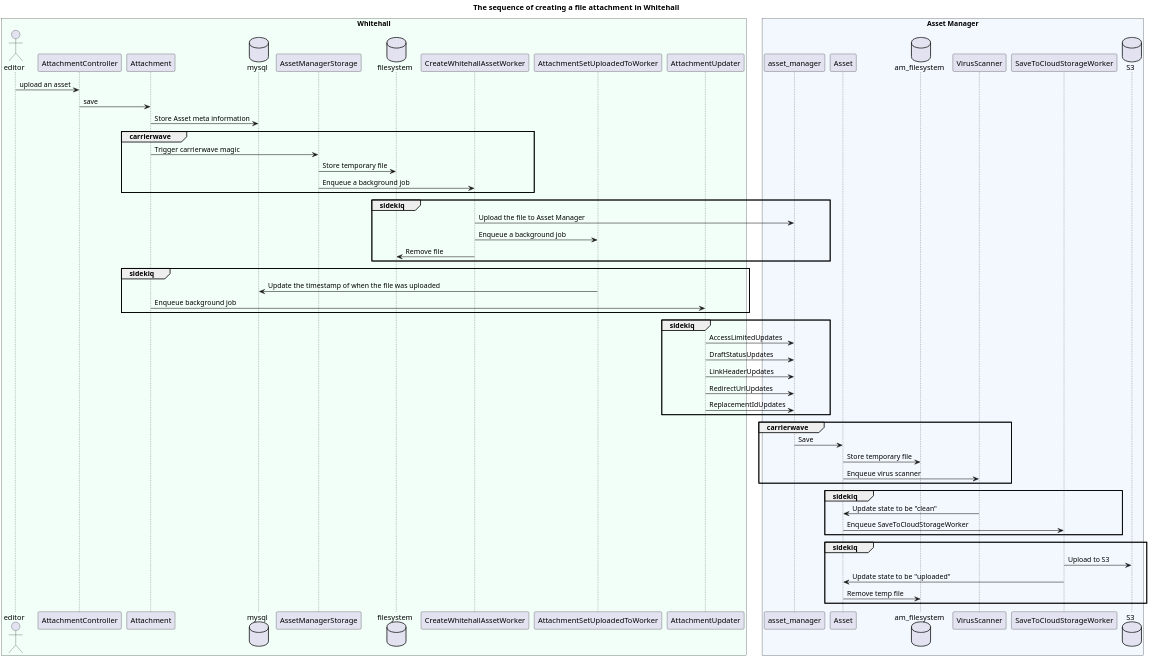
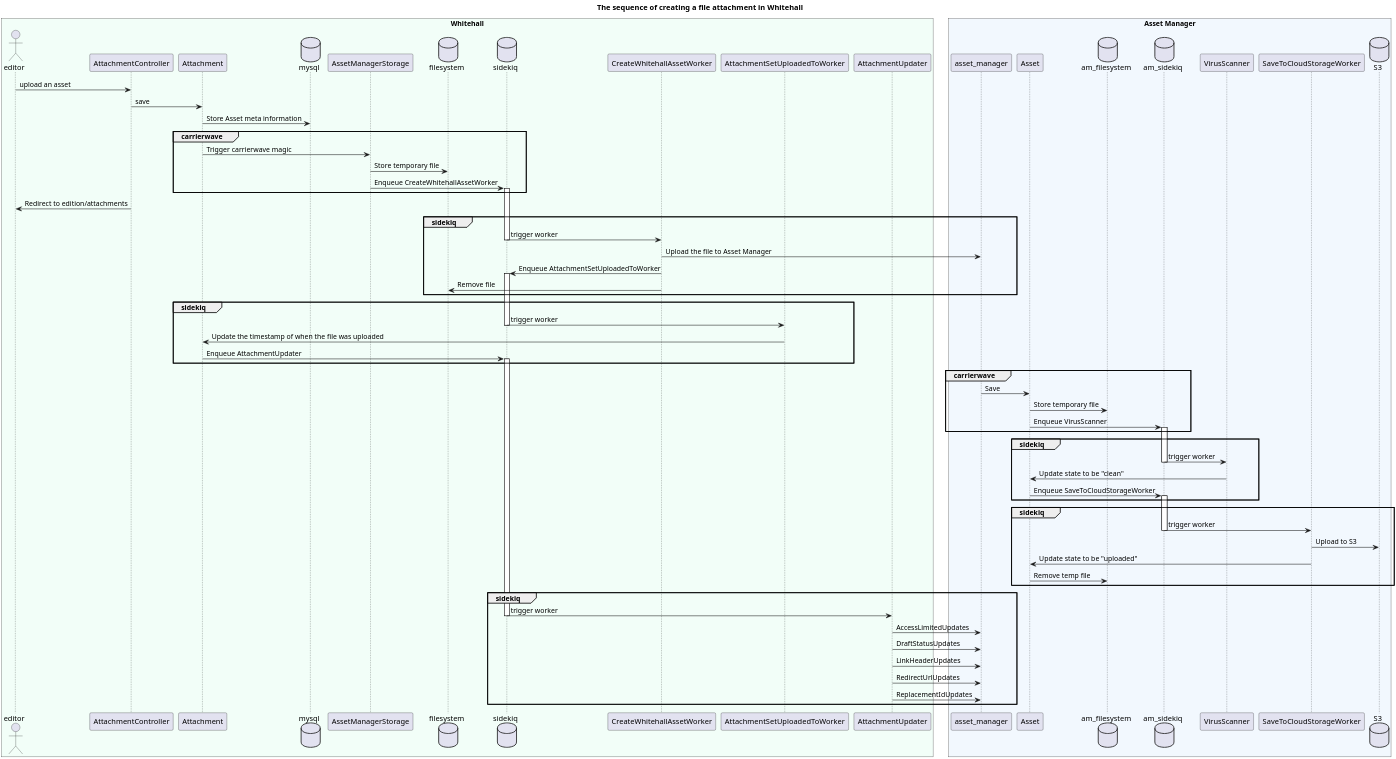
One commit to alphagov/whitehall changed the diagram in docs/diagrams/upload-asset.puml. Above: the diagram before and after it, drawn with PlantUML.

Commit message:
Add swimlanes for sidekiq jobs

```diff
--- a/docs/diagrams/upload-asset.puml
+++ b/docs/diagrams/upload-asset.puml
@@ -1,75 +1,83 @@
 @startuml
 
 skinparam dpi 300
 title The sequence of creating a file attachment in Whitehall
 
 box "Whitehall" #f2fef8
 actor editor
 participant AttachmentController
 participant Attachment
 database mysql
 participant AssetManagerStorage
 database filesystem
+database sidekiq
 participant CreateWhitehallAssetWorker
 participant AttachmentSetUploadedToWorker
 participant AttachmentUpdater
 end box
 
 box "Asset Manager" #f2f8fe
 participant asset_manager
 participant Asset
 database am_filesystem
+database am_sidekiq
 participant VirusScanner
 participant SaveToCloudStorageWorker
 database S3
 end box
 
 
 editor -> AttachmentController : upload an asset
 AttachmentController -> Attachment : save
 Attachment -> mysql : Store Asset meta information
 
 group carrierwave
     Attachment -> AssetManagerStorage : Trigger carrierwave magic
     AssetManagerStorage -> filesystem : Store temporary file
-    AssetManagerStorage -> CreateWhitehallAssetWorker : Enqueue a background job
+    AssetManagerStorage -> sidekiq++ : Enqueue CreateWhitehallAssetWorker
 end group
 
+AttachmentController -> editor : Redirect to edition/attachments
+
 group sidekiq
+    sidekiq -> CreateWhitehallAssetWorker--: trigger worker
     CreateWhitehallAssetWorker -> asset_manager : Upload the file to Asset Manager
-    CreateWhitehallAssetWorker -> AttachmentSetUploadedToWorker : Enqueue a background job
+    CreateWhitehallAssetWorker -> sidekiq++ : Enqueue AttachmentSetUploadedToWorker
     CreateWhitehallAssetWorker -> filesystem : Remove file
 end group
 
 group sidekiq
-    AttachmentSetUploadedToWorker -> mysql : Update the timestamp of when the file was uploaded
-    Attachment -> AttachmentUpdater : Enqueue background job
+    sidekiq -> AttachmentSetUploadedToWorker--: trigger worker
+    AttachmentSetUploadedToWorker -> Attachment : Update the timestamp of when the file was uploaded
+    Attachment -> sidekiq++ : Enqueue AttachmentUpdater
+end group
+
+group carrierwave
+    asset_manager -> Asset : Save
+    Asset -> am_filesystem : Store temporary file
+    Asset -> am_sidekiq++ : Enqueue VirusScanner
 end group
 
 group sidekiq
+    am_sidekiq -> VirusScanner--: trigger worker
+    VirusScanner -> Asset : Update state to be "clean"
+    Asset -> am_sidekiq++ : Enqueue SaveToCloudStorageWorker
+end group
+
+group sidekiq
+    am_sidekiq -> SaveToCloudStorageWorker--: trigger worker
+    SaveToCloudStorageWorker -> S3 : Upload to S3
+    SaveToCloudStorageWorker -> Asset : Update state to be "uploaded"
+    Asset -> am_filesystem : Remove temp file
+end group
+
+group sidekiq
+    sidekiq -> AttachmentUpdater--: trigger worker
     AttachmentUpdater -> asset_manager : AccessLimitedUpdates
     AttachmentUpdater -> asset_manager : DraftStatusUpdates
     AttachmentUpdater -> asset_manager : LinkHeaderUpdates
     AttachmentUpdater -> asset_manager : RedirectUrlUpdates
     AttachmentUpdater -> asset_manager : ReplacementIdUpdates
 end group
 
-group carrierwave
-    asset_manager -> Asset : Save
-    Asset -> am_filesystem : Store temporary file
-    Asset -> VirusScanner : Enqueue virus scanner
-end group
-
-group sidekiq
-    VirusScanner -> Asset : Update state to be "clean"
-    Asset -> SaveToCloudStorageWorker : Enqueue SaveToCloudStorageWorker
-end group
-
-group sidekiq
-    SaveToCloudStorageWorker -> S3 : Upload to S3
-    SaveToCloudStorageWorker -> Asset : Update state to be "uploaded"
-    Asset -> am_filesystem : Remove temp file
-end group
-
-
 @enduml
```
